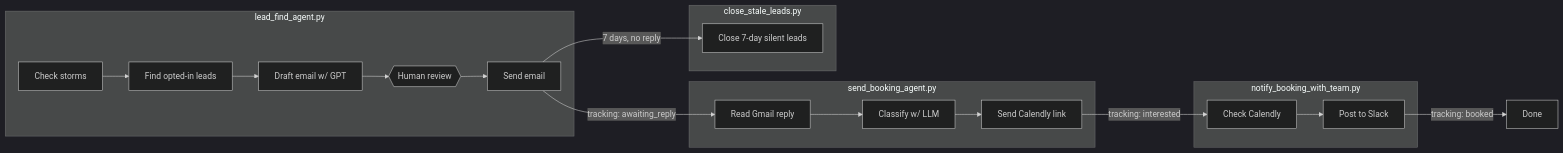
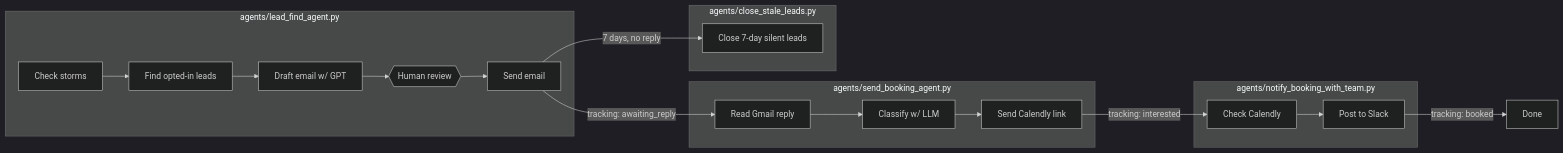
The first of 2 diagrams in README.md (muhammadsirajdev/Strom-Lead-Engine), drawn with Mermaid (dark theme) before and after one commit. The commit also changed other lines of this file and 31 other files, not shown here.

Commit message:
architecture updated

````diff
--- a/README.md
+++ b/README.md
@@ -35,24 +35,24 @@
 ```mermaid
 flowchart LR
-    subgraph A["lead_find_agent.py"]
+    subgraph A["agents/lead_find_agent.py"]
         A1[Check storms] --> A2[Find opted-in leads]
         A2 --> A3[Draft email w/ GPT]
         A3 --> A4{{Human review}}
         A4 --> A5[Send email]
     end
-    subgraph B["send_booking_agent.py"]
+    subgraph B["agents/send_booking_agent.py"]
         B1[Read Gmail reply] --> B2[Classify w/ LLM]
         B2 --> B3[Send Calendly link]
     end
-    subgraph C["notify_booking_with_team.py"]
+    subgraph C["agents/notify_booking_with_team.py"]
         C1[Check Calendly] --> C2[Post to Slack]
     end
-    subgraph D["close_stale_leads.py"]
+    subgraph D["agents/close_stale_leads.py"]
         D1[Close 7-day silent leads]
     end
 
     A5 -->|"tracking: awaiting_reply"| B1
     B3 -->|"tracking: interested"| C1
     C2 -->|"tracking: booked"| E[Done]
     A5 -->|"7 days, no reply"| D1
 ```
````
